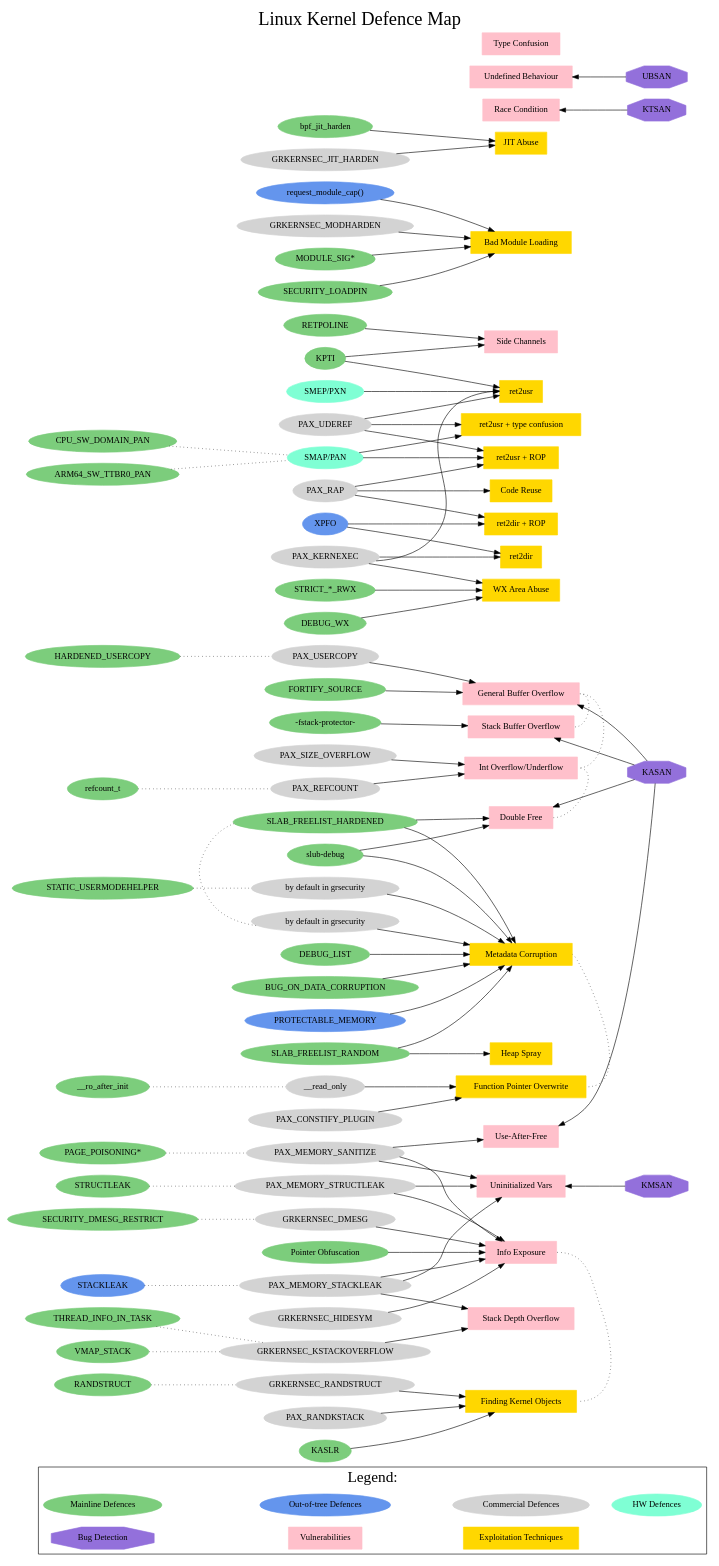
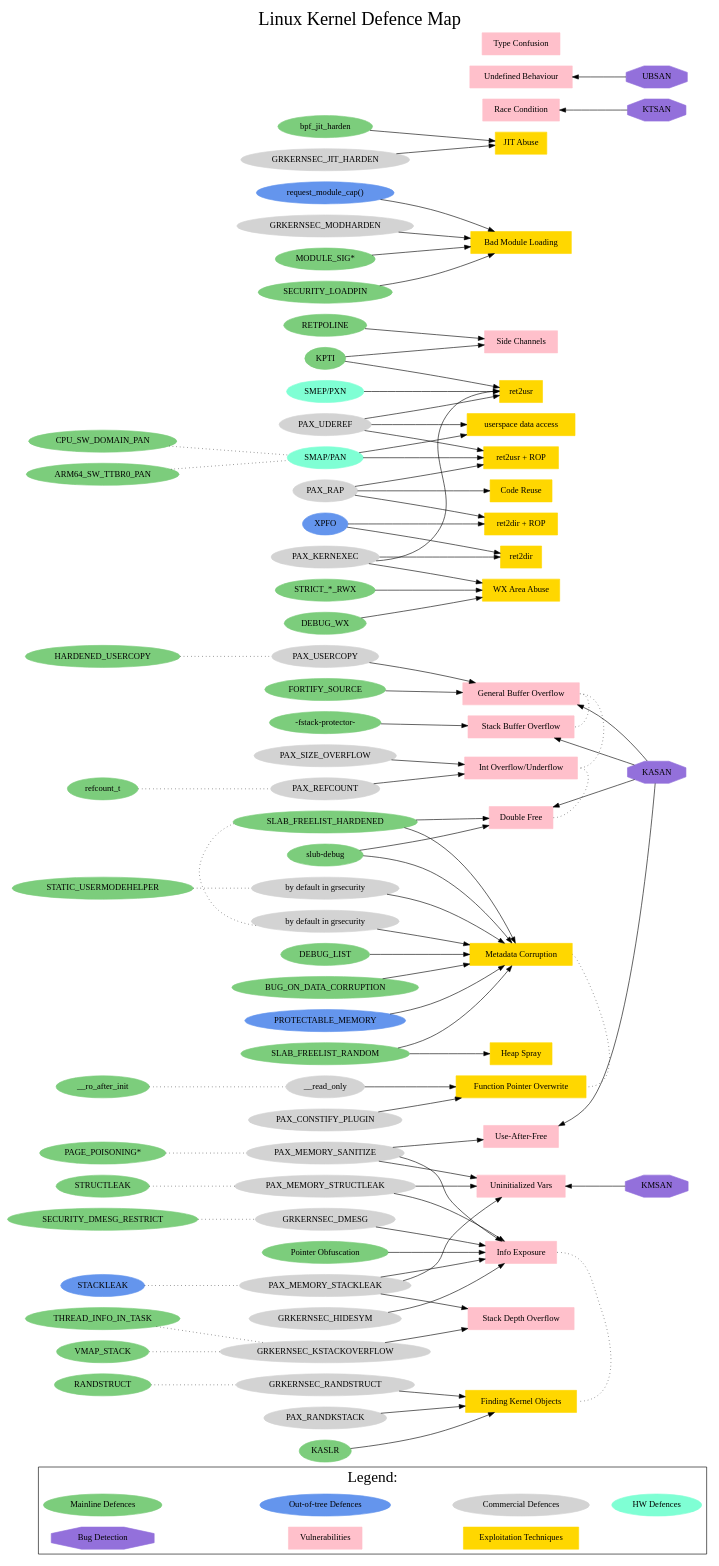
The diagram in linux-kernel-defence-map.dot (a13xp0p0v/linux-kernel-defence-map), drawn with Graphviz before and after one commit.

Commit message:
Rename "ret2usr + type confusion" to "userspace data access"

```diff
--- a/linux-kernel-defence-map.dot
+++ b/linux-kernel-defence-map.dot
@@ -179,7 +179,7 @@
     "Heap Spray";
     "Code Reuse";
     "ret2usr";
-    "ret2usr + type confusion";
+    "userspace data access";
     "ret2usr + ROP";
     "ret2dir";
     "ret2dir + ROP";
@@ -273,8 +273,8 @@
   "KPTI" -> "ret2usr";
   "SMEP/PXN" -> "ret2usr";
 
-  "PAX_UDEREF" -> "ret2usr + type confusion";
-  "SMAP/PAN" -> "ret2usr + type confusion";
+  "PAX_UDEREF" -> "userspace data access";
+  "SMAP/PAN" -> "userspace data access";
 
   "PAX_UDEREF" -> "ret2usr + ROP";
   "SMAP/PAN" -> "ret2usr + ROP";
```
